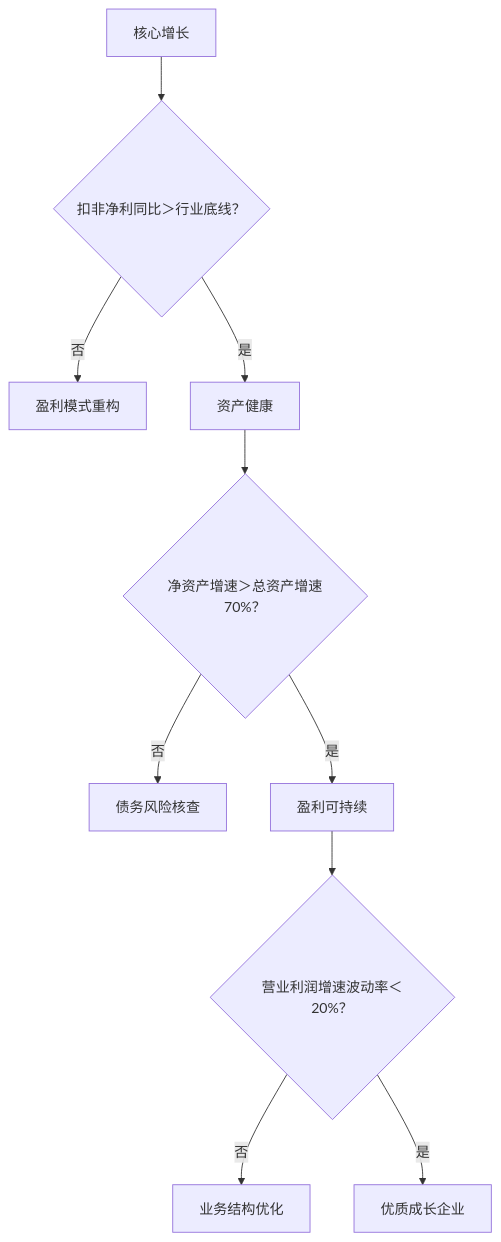
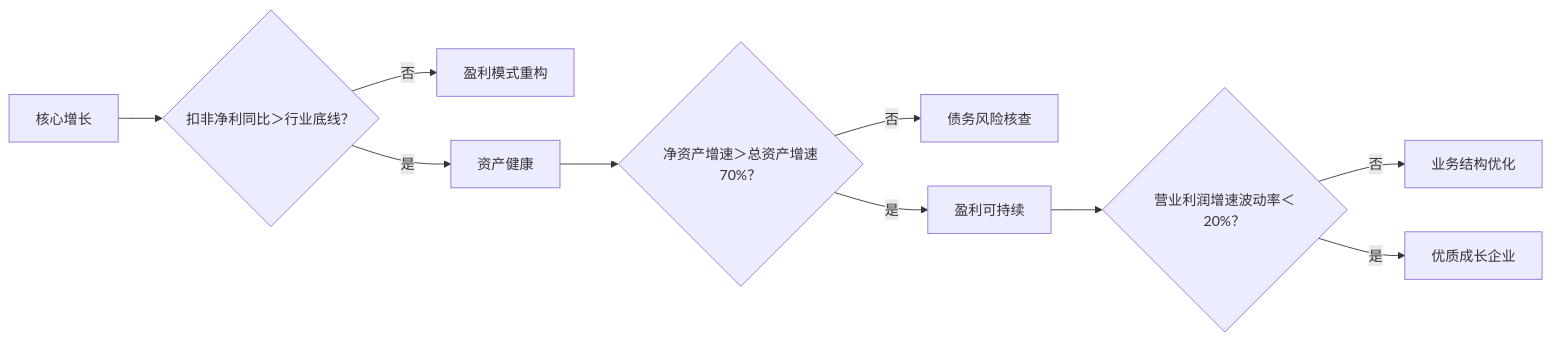
One commit to u588/app changed the ninth of 13 diagrams in AiStock/财务分析.md. Above: the diagram before and after it, drawn with Mermaid. The commit also changed other lines of this file and 6 other files, not shown here.

````diff
--- a/AiStock/财务分析.md
+++ b/AiStock/财务分析.md
@@ -660,13 +660,13 @@
 ```Mermaid
 
-graph TD 
-A[核心增长] --> A1{扣非净利同比＞行业底线？}
-A1 -- 否 --> 盈利模式重构 
-A1 -- 是 --> B[资产健康]
-B --> B1{净资产增速＞总资产增速70%？}
-B1 -- 否 --> 债务风险核查 
-B1 -- 是 --> C[盈利可持续]
-C --> C1{营业利润增速波动率＜20%？}
-C1 -- 否 --> 业务结构优化 
-C1 -- 是 --> 优质成长企业
+graph LR 
+    A[核心增长] --> A1{扣非净利同比＞行业底线？}
+    A1 -- 否 --> 盈利模式重构 
+    A1 -- 是 --> B[资产健康]
+    B --> B1{净资产增速＞总资产增速70%？}
+    B1 -- 否 --> 债务风险核查 
+    B1 -- 是 --> C[盈利可持续]
+    C --> C1{营业利润增速波动率＜20%？}
+    C1 -- 否 --> 业务结构优化 
+    C1 -- 是 --> 优质成长企业
 ```
````
